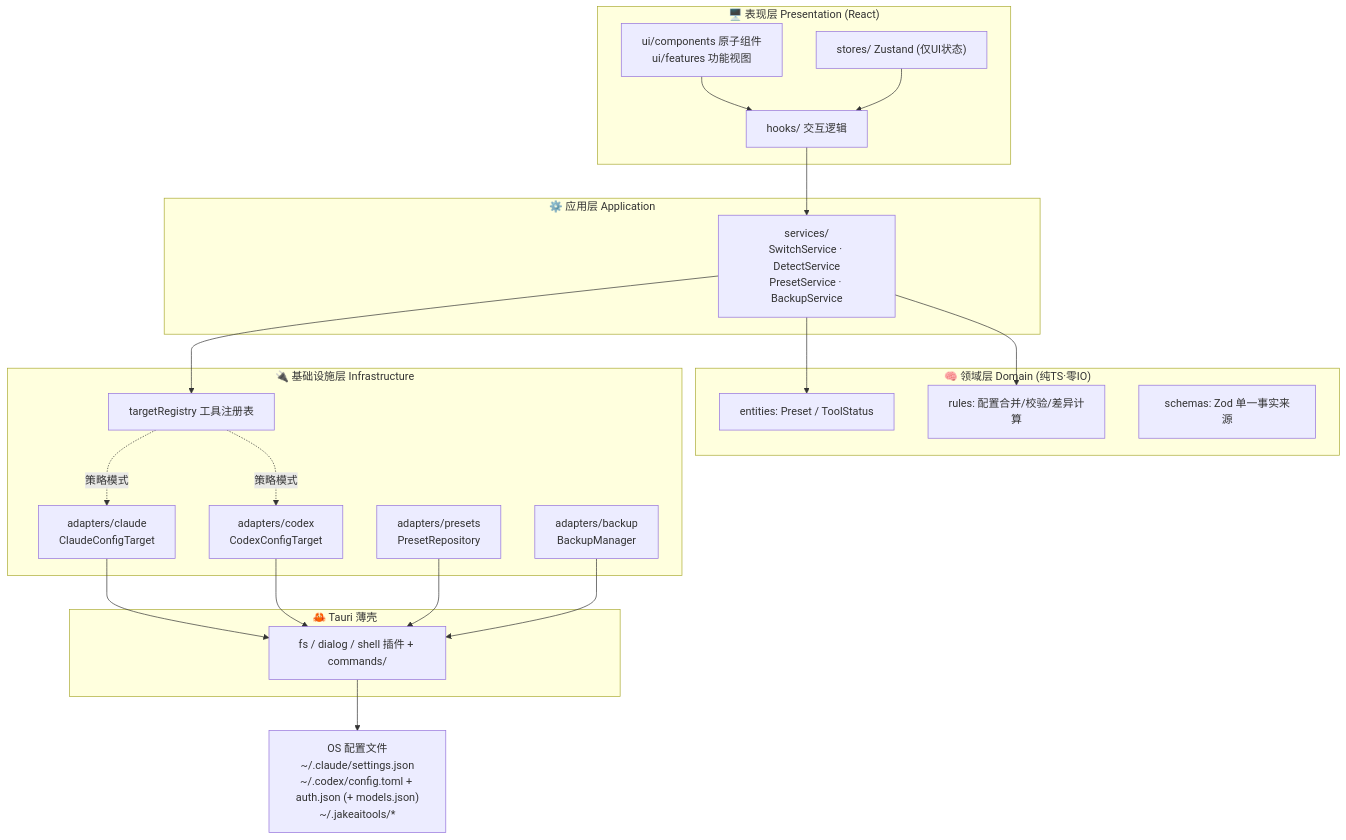
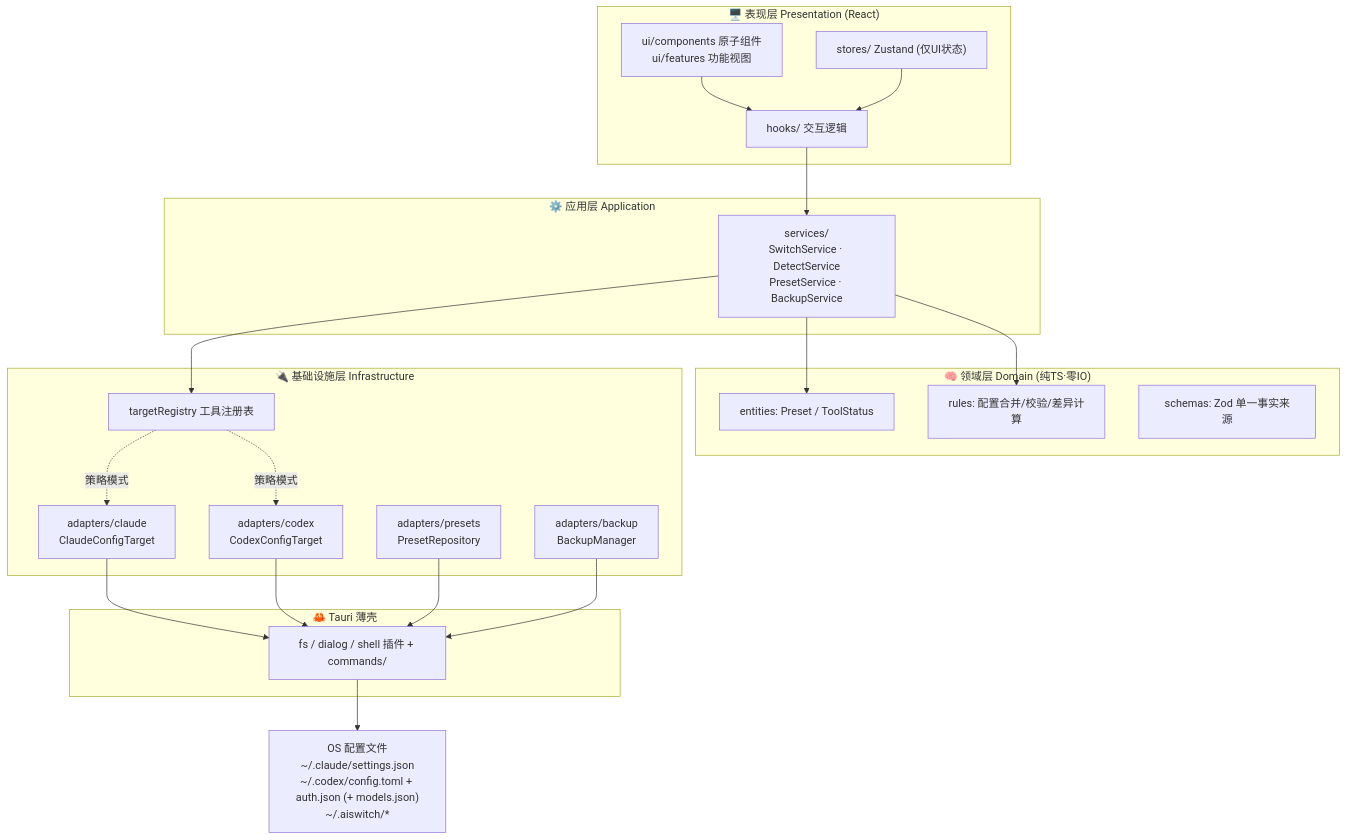
Before and after one commit to small-dream/AISwitch: the first of 2 diagrams in docs/ARCHITECTURE.md, drawn with Mermaid. The commit also changed other lines of this file and 19 other files, not shown here.

````diff
--- a/docs/ARCHITECTURE.md
+++ b/docs/ARCHITECTURE.md
@@ -29,39 +29,39 @@
 ```mermaid
 graph TB
     subgraph L1["🖥️ 表现层 Presentation (React)"]
         UI["ui/components 原子组件<br/>ui/features 功能视图"]
         HK["hooks/ 交互逻辑"]
         ST["stores/ Zustand (仅UI状态)"]
     end
 
     subgraph L2["⚙️ 应用层 Application"]
         SVC["services/<br/>SwitchService · DetectService<br/>PresetService · BackupService"]
     end
 
     subgraph L3["🧠 领域层 Domain (纯TS·零IO)"]
         ENT["entities: Preset / ToolStatus"]
         RULE["rules: 配置合并/校验/差异计算"]
         SCH["schemas: Zod 单一事实来源"]
     end
 
     subgraph L4["🔌 基础设施层 Infrastructure"]
         REG["targetRegistry 工具注册表"]
         CA["adapters/claude<br/>ClaudeConfigTarget"]
         CO["adapters/codex<br/>CodexConfigTarget"]
         PR["adapters/presets<br/>PresetRepository"]
         BK["adapters/backup<br/>BackupManager"]
     end
 
     subgraph L5["🦀 Tauri 薄壳"]
         FS["fs / dialog / shell 插件 + commands/"]
     end
 
-    OS["OS 配置文件<br/>~/.claude/settings.json<br/>~/.codex/config.toml + auth.json (+ models.json)<br/>~/.jakeaitools/*"]
+    OS["OS 配置文件<br/>~/.claude/settings.json<br/>~/.codex/config.toml + auth.json (+ models.json)<br/>~/.aiswitch/*"]
 
     UI --> HK --> SVC
     ST --> HK
     SVC --> ENT & RULE
     SVC --> REG
     REG -.策略模式.-> CA & CO
     CA & CO & PR & BK --> FS --> OS
 ```
````
